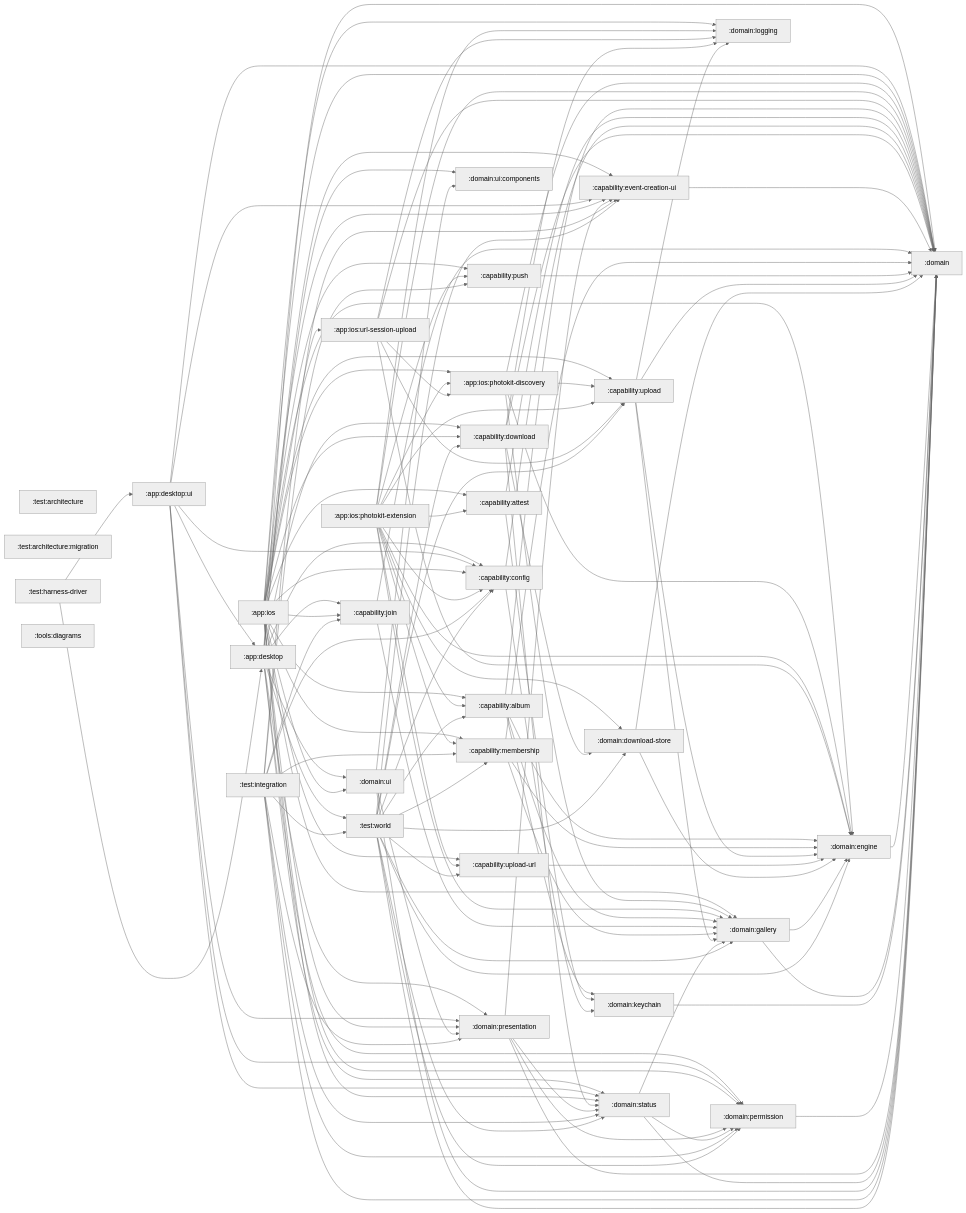
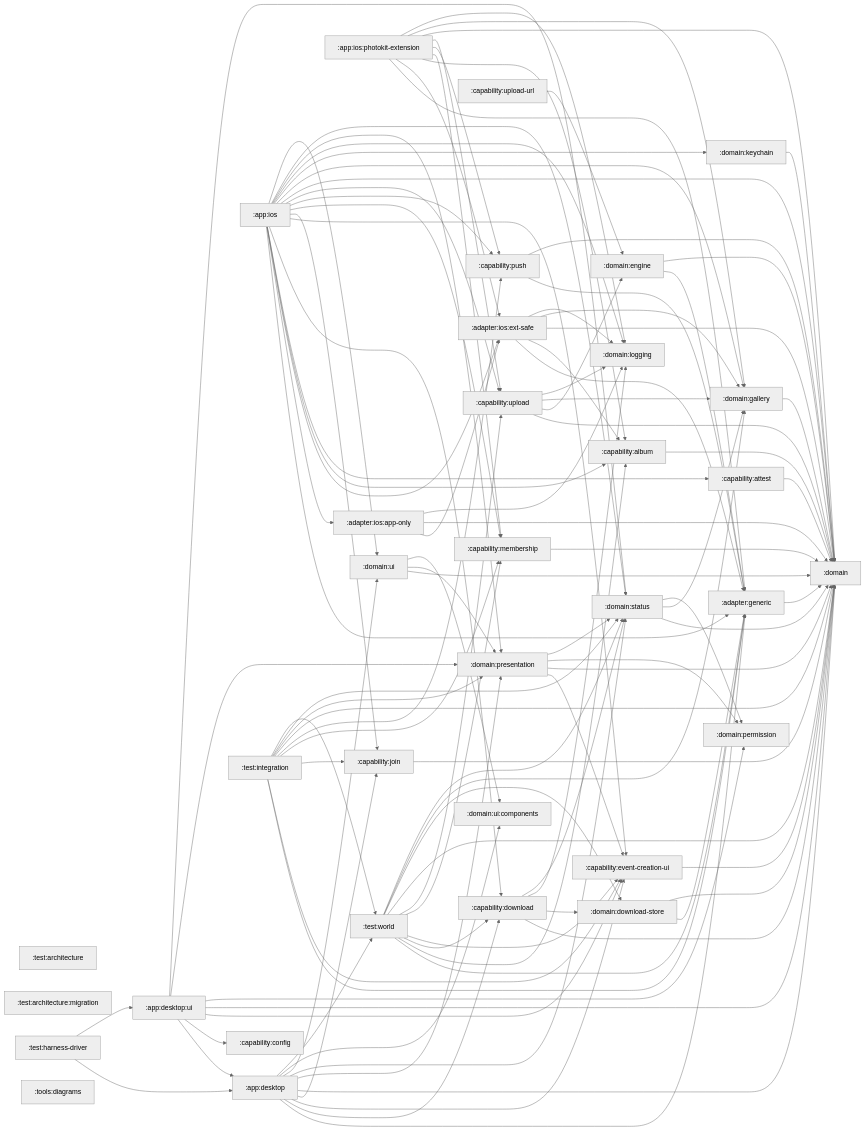
One commit to stefanhoelzl/SnapSync changed the diagram in architecture/modules.md. Above: the diagram before and after it, drawn with Mermaid (neutral theme). The commit also changed 95 other files, not shown here.

First line of the commit message:
feat(architecture): migration step 4 — adapters

````diff
--- a/architecture/modules.md
+++ b/architecture/modules.md
@@ -7,11 +7,12 @@
 ```mermaid
 flowchart LR
+  adapter_generic[":adapter:generic"]
+  adapter_ios_app_only[":adapter:ios:app-only"]
+  adapter_ios_ext_safe[":adapter:ios:ext-safe"]
   app_desktop[":app:desktop"]
   app_desktop_ui[":app:desktop:ui"]
   app_ios[":app:ios"]
-  app_ios_photokit_discovery[":app:ios:photokit-discovery"]
   app_ios_photokit_extension[":app:ios:photokit-extension"]
-  app_ios_url_session_upload[":app:ios:url-session-upload"]
   capability_album[":capability:album"]
   capability_attest[":capability:attest"]
   capability_config[":capability:config"]
@@ -39,12 +40,20 @@
   test_integration[":test:integration"]
   test_world[":test:world"]
   tools_diagrams[":tools:diagrams"]
-  app_desktop --> capability_config
+  adapter_generic --> domain
+  adapter_ios_app_only --> adapter_ios_ext_safe
+  adapter_ios_app_only --> domain
+  adapter_ios_app_only --> domain_logging
+  adapter_ios_ext_safe --> adapter_generic
+  adapter_ios_ext_safe --> capability_album
+  adapter_ios_ext_safe --> domain
+  adapter_ios_ext_safe --> domain_gallery
+  adapter_ios_ext_safe --> domain_logging
+  app_desktop --> adapter_generic
   app_desktop --> capability_download
   app_desktop --> capability_event_creation_ui
   app_desktop --> capability_join
   app_desktop --> domain
-  app_desktop --> domain_permission
   app_desktop --> domain_presentation
   app_desktop --> domain_status
   app_desktop --> domain_ui
@@ -57,79 +66,55 @@
   app_desktop_ui --> domain_permission
   app_desktop_ui --> domain_presentation
   app_desktop_ui --> domain_status
-  app_ios --> app_ios_photokit_discovery
-  app_ios --> app_ios_url_session_upload
+  app_ios --> adapter_generic
+  app_ios --> adapter_ios_app_only
+  app_ios --> adapter_ios_ext_safe
   app_ios --> capability_album
   app_ios --> capability_attest
-  app_ios --> capability_config
   app_ios --> capability_download
   app_ios --> capability_event_creation_ui
   app_ios --> capability_join
   app_ios --> capability_membership
   app_ios --> capability_push
   app_ios --> capability_upload
-  app_ios --> capability_upload_url
   app_ios --> domain
-  app_ios --> domain_engine
   app_ios --> domain_gallery
+  app_ios --> domain_keychain
   app_ios --> domain_logging
-  app_ios --> domain_permission
   app_ios --> domain_presentation
   app_ios --> domain_status
   app_ios --> domain_ui
-  app_ios_photokit_discovery --> capability_upload
-  app_ios_photokit_discovery --> domain
-  app_ios_photokit_discovery --> domain_engine
-  app_ios_photokit_discovery --> domain_gallery
-  app_ios_photokit_extension --> app_ios_photokit_discovery
+  app_ios_photokit_extension --> adapter_generic
+  app_ios_photokit_extension --> adapter_ios_ext_safe
   app_ios_photokit_extension --> capability_album
-  app_ios_photokit_extension --> capability_attest
-  app_ios_photokit_extension --> capability_config
   app_ios_photokit_extension --> capability_membership
   app_ios_photokit_extension --> capability_push
   app_ios_photokit_extension --> capability_upload
-  app_ios_photokit_extension --> capability_upload_url
   app_ios_photokit_extension --> domain
-  app_ios_photokit_extension --> domain_download_store
-  app_ios_photokit_extension --> domain_engine
   app_ios_photokit_extension --> domain_gallery
   app_ios_photokit_extension --> domain_logging
-  app_ios_url_session_upload --> app_ios_photokit_discovery
-  app_ios_url_session_upload --> capability_upload
-  app_ios_url_session_upload --> domain
-  app_ios_url_session_upload --> domain_engine
-  app_ios_url_session_upload --> domain_logging
   capability_album --> domain
-  capability_album --> domain_engine
-  capability_album --> domain_gallery
-  capability_album --> domain_keychain
   capability_attest --> domain
-  capability_attest --> domain_keychain
-  capability_config --> domain
-  capability_config --> domain_keychain
   capability_download --> domain
   capability_download --> domain_download_store
   capability_download --> domain_logging
   capability_download --> domain_status
   capability_event_creation_ui --> domain
   capability_join --> domain
-  capability_join --> domain_gallery
   capability_membership --> domain
-  capability_membership --> domain_engine
-  capability_membership --> domain_gallery
+  capability_push --> adapter_generic
   capability_push --> domain
   capability_upload --> domain
   capability_upload --> domain_engine
   capability_upload --> domain_gallery
   capability_upload --> domain_logging
   capability_upload_url --> domain_engine
+  domain_download_store --> adapter_generic
   domain_download_store --> domain
-  domain_download_store --> domain_engine
+  domain_engine --> adapter_generic
   domain_engine --> domain
   domain_gallery --> domain
-  domain_gallery --> domain_engine
   domain_keychain --> domain
-  domain_permission --> domain
   domain_presentation --> capability_event_creation_ui
   domain_presentation --> domain
   domain_presentation --> domain_permission
@@ -142,27 +127,23 @@
   domain_ui --> domain_ui_components
   test_harness_driver --> app_desktop
   test_harness_driver --> app_desktop_ui
-  test_integration --> capability_config
+  test_integration --> adapter_generic
   test_integration --> capability_event_creation_ui
   test_integration --> capability_join
   test_integration --> capability_membership
   test_integration --> capability_push
   test_integration --> domain
-  test_integration --> domain_permission
   test_integration --> domain_presentation
   test_integration --> domain_status
   test_integration --> test_world
+  test_world --> adapter_generic
   test_world --> capability_album
-  test_world --> capability_config
   test_world --> capability_download
   test_world --> capability_event_creation_ui
   test_world --> capability_membership
   test_world --> capability_upload
-  test_world --> capability_upload_url
   test_world --> domain
   test_world --> domain_download_store
-  test_world --> domain_engine
   test_world --> domain_gallery
-  test_world --> domain_permission
   test_world --> domain_status
 ```
````
